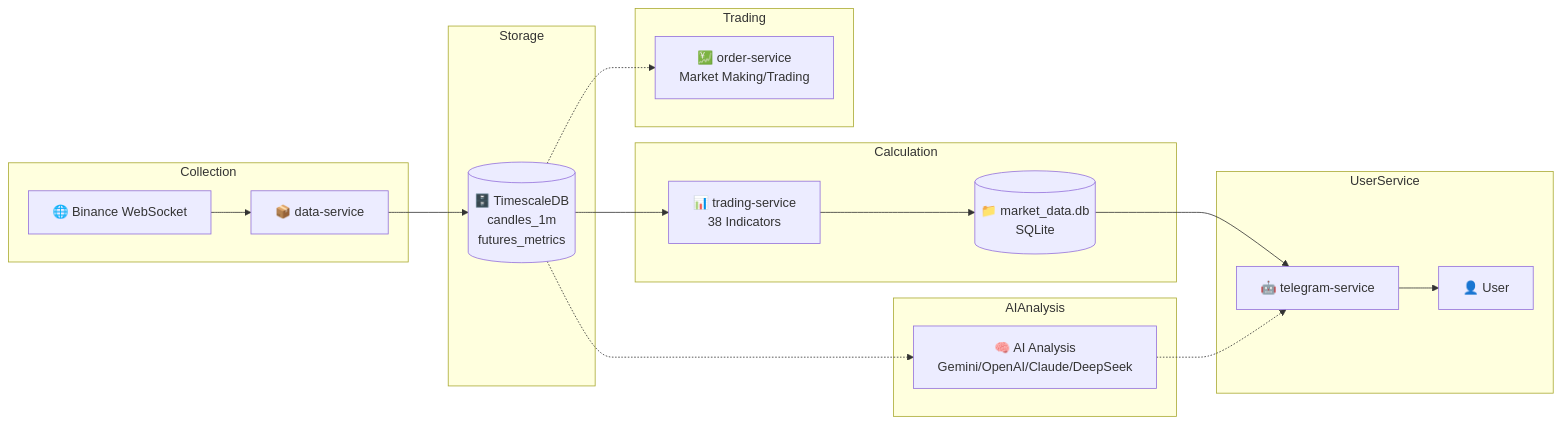
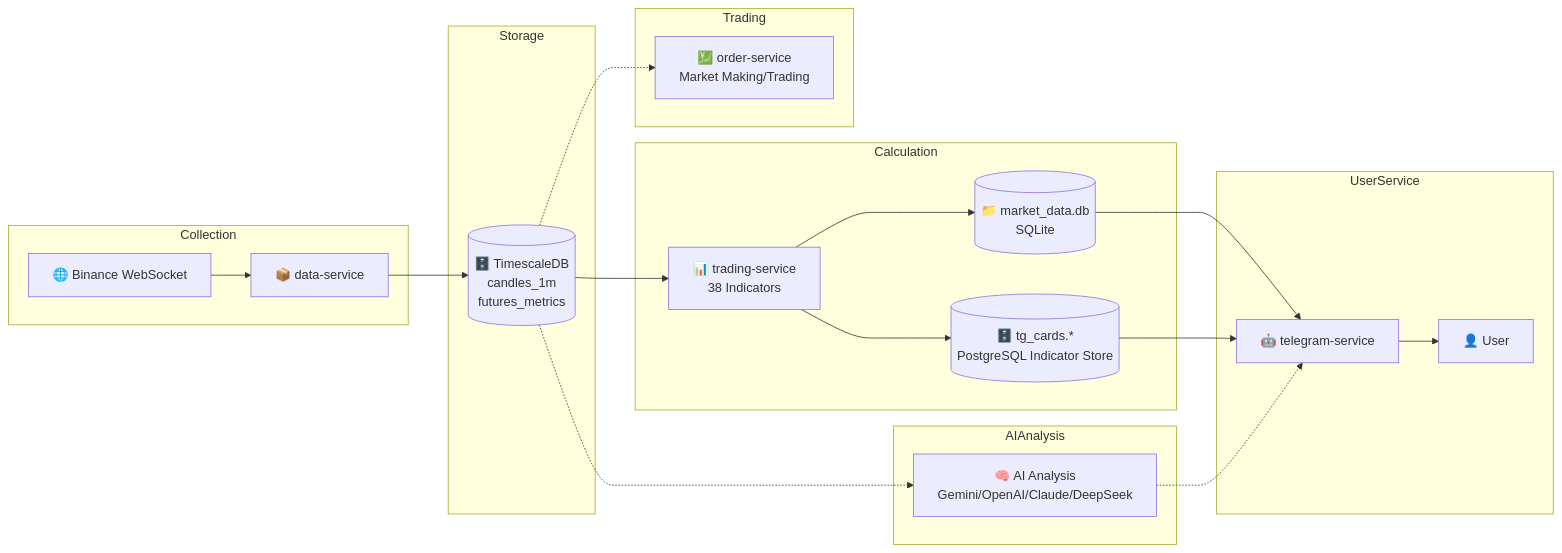
Before and after one commit to RogerYet/tradecat: the second of 2 diagrams in README_EN.md, drawn with Mermaid. The commit also changed other lines of this file and 7 other files, not shown here.

Commit message:
docs: align indicator storage docs with pg tg_cards

````diff
--- a/README_EN.md
+++ b/README_EN.md
@@ -552,29 +558,31 @@
 ```mermaid
 graph LR
     subgraph Collection
         A["🌐 Binance WebSocket"] --> B["📦 data-service"]
     end
     
     subgraph Storage
         B --> C[("🗄️ TimescaleDB<br>candles_1m<br>futures_metrics")]
     end
     
     subgraph Calculation
         C --> D["📊 trading-service<br>38 Indicators"]
-        D --> E[("📁 market_data.db<br>SQLite")]
+        D --> E1[("📁 market_data.db<br>SQLite")]
+        D --> E2[("🗄️ tg_cards.*<br>PostgreSQL Indicator Store")]
     end
     
     subgraph UserService
-        E --> F["🤖 telegram-service"]
+        E1 --> F["🤖 telegram-service"]
+        E2 --> F
         F --> G["👤 User"]
     end
     
     subgraph AIAnalysis
         C -.-> H["🧠 AI Analysis<br>Gemini/OpenAI/Claude/DeepSeek"]
         H -.-> F
     end
     
     subgraph Trading
         C -.-> I["💹 order-service<br>Market Making/Trading"]
     end
 ```
````
